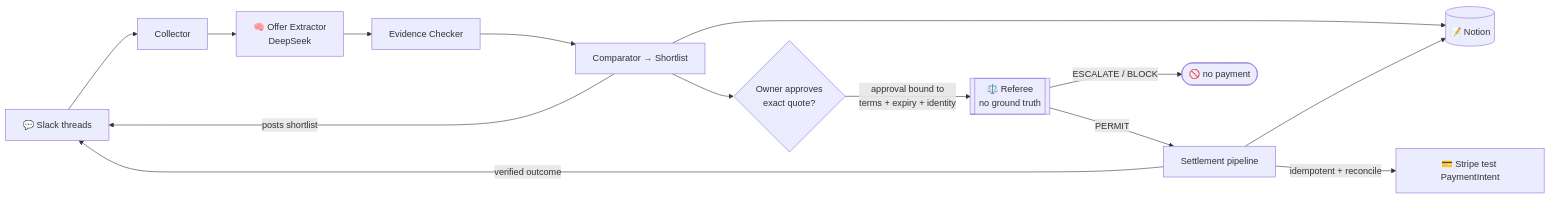
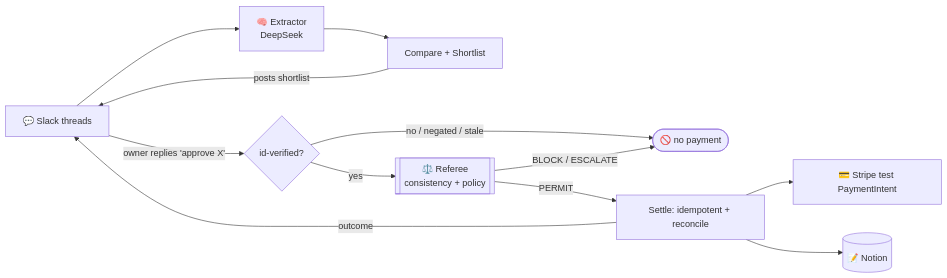
One commit to nidhi1603/proofcart changed the diagram in README.md. Above: the diagram before and after it, drawn with Mermaid. The commit also changed other lines of this file, not shown here.

First line of the commit message:
README restructure (judge feedback): problem-first, evidence-scoped, honest failures log

````diff
--- a/README.md
+++ b/README.md
@@ -106,16 +99,14 @@
 ```mermaid
 flowchart LR
-    S[💬 Slack threads] --> C[Collector]
-    C --> X["🧠 Offer Extractor<br/>DeepSeek"]
-    X --> E[Evidence Checker]
-    E --> CMP[Comparator → Shortlist]
+    S[💬 Slack threads] --> X["🧠 Extractor<br/>DeepSeek"]
+    X --> CMP[Compare + Shortlist]
     CMP -->|posts shortlist| S
-    CMP --> N[(📝 Notion)]
-    CMP --> O{Owner approves<br/>exact quote?}
-    O -->|approval bound to<br/>terms + expiry + identity| R[["⚖️ Referee<br/>no ground truth"]]
-    R -->|PERMIT| P[Settlement pipeline]
-    R -->|ESCALATE / BLOCK| STOP([🚫 no payment])
-    P -->|idempotent + reconcile| ST[💳 Stripe test PaymentIntent]
-    P --> N
-    P -->|verified outcome| S
+    S -->|owner replies 'approve X'| O{id-verified?}
+    O -->|yes| R[["⚖️ Referee<br/>consistency + policy"]]
+    O -->|no / negated / stale| STOP([🚫 no payment])
+    R -->|PERMIT| P[Settle: idempotent + reconcile]
+    R -->|BLOCK / ESCALATE| STOP
+    P --> ST[💳 Stripe test PaymentIntent]
+    P --> N[(📝 Notion)]
+    P -->|outcome| S
 ```
````
